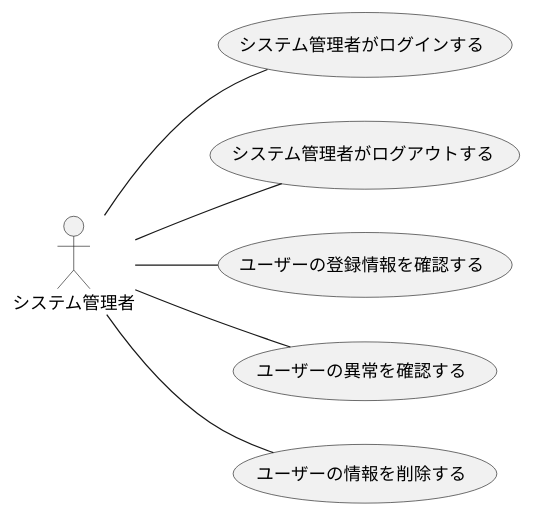
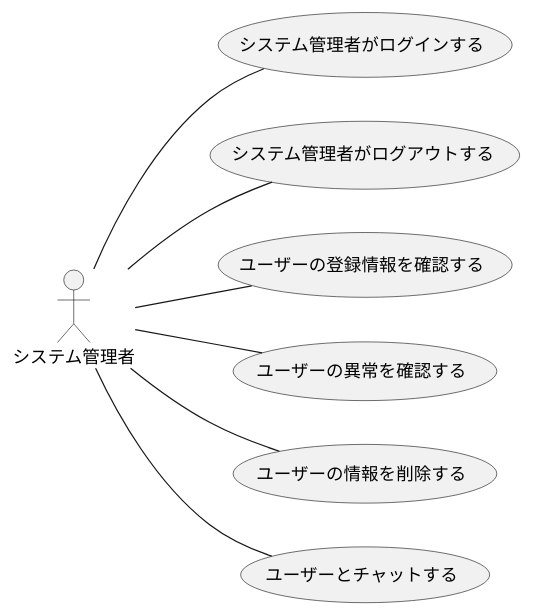
Before and after one commit to ksw2270227/GroupF: the diagram in F_usecase_admin.plantuml, drawn with PlantUML. The commit also changed 6 other files, not shown here.

```diff
--- a/F_usecase_admin.plantuml
+++ b/F_usecase_admin.plantuml
@@ -1,13 +1,14 @@
 @startuml システム管理者
 left to right direction
 actor システム管理者
 
 システム管理者 -- (システム管理者がログインする)
 システム管理者 -- (システム管理者がログアウトする)
 システム管理者 -- (ユーザーの登録情報を確認する)
 システム管理者 -- (ユーザーの異常を確認する)
 システム管理者 -- (ユーザーの情報を削除する)
+システム管理者 -- (ユーザーとチャットする)
 
 
 
 @enduml
```
